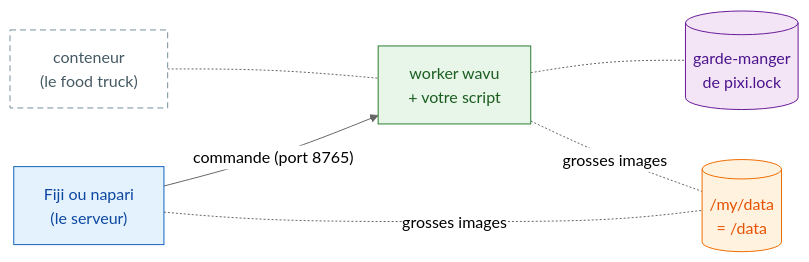
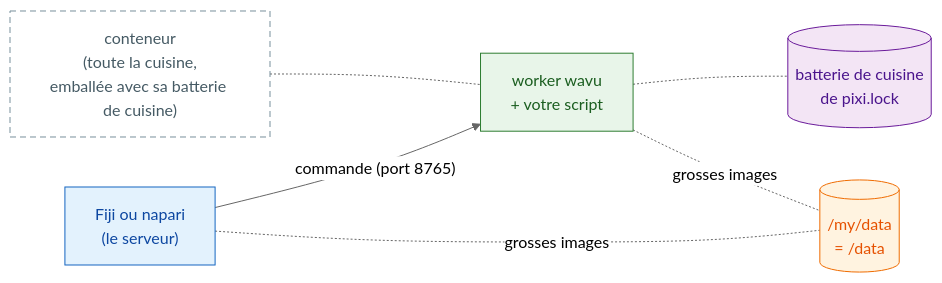
Before and after one commit to Oxford-Zeiss-Centre-of-Excellence/Wavu: the diagram in guide/write/container.fr.md, drawn with Mermaid (neutral theme). The commit also changed other lines of this file and 221 other files, not shown here.

````diff
--- a/guide/write/container.fr.md
+++ b/guide/write/container.fr.md
@@ -12,19 +13,19 @@
 ```mermaid
 flowchart LR
     V["Fiji ou napari<br/>(le serveur)"]:::fiji
-    T["conteneur<br/>(le food truck)"]:::box
+    T["conteneur<br/>(toute la cuisine,<br/>emballée avec sa batterie de cuisine)"]:::box
     W["worker wavu<br/>+ votre script"]:::worker
-    E[("garde-manger<br/>de pixi.lock")]:::env
+    E[("batterie de cuisine<br/>de pixi.lock")]:::env
     D[("/my/data<br/>= /data")]:::script
     V -- "commande (port 8765)" --> W
     T -.- W
     W -.- E
     V -.-|grosses images| D
     W -.-|grosses images| D
 
     classDef fiji   fill:#e3f2fd,stroke:#1565c0,color:#0d47a1
     classDef worker fill:#e8f5e9,stroke:#2e7d32,color:#1b5e20
     classDef script fill:#fff3e0,stroke:#ef6c00,color:#e65100
     classDef env    fill:#f3e5f5,stroke:#6a1b9a,color:#4a148c
     classDef box    fill:#ffffff,stroke:#78909c,stroke-dasharray: 6 4,color:#455a64
 ```
````
